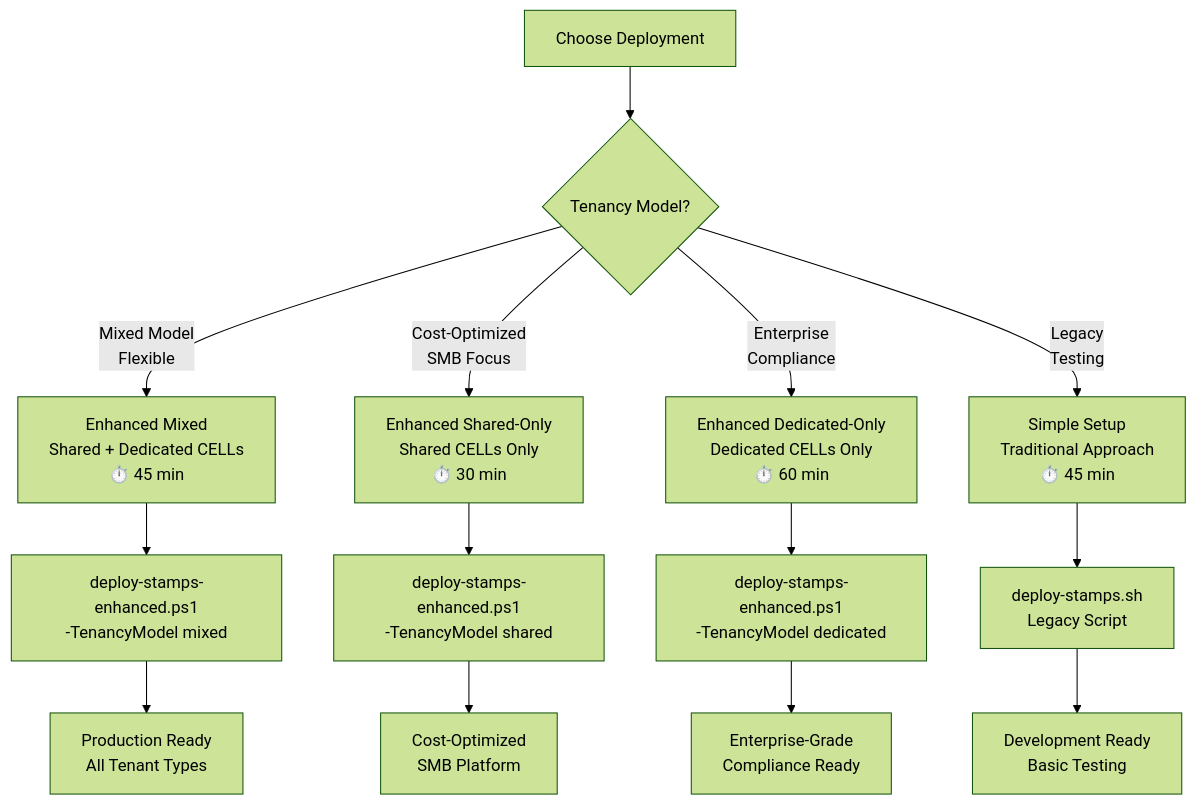
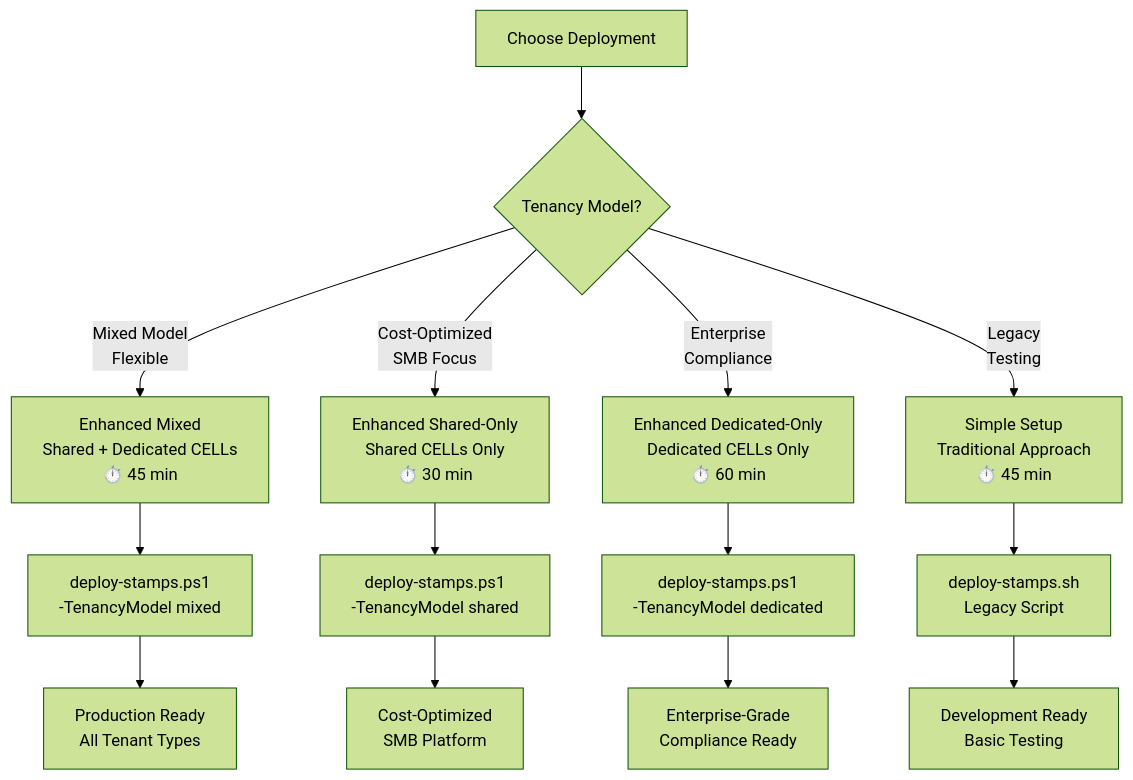
One commit to srnichols/StampsPattern changed the first of 2 diagrams in DEPLOYMENT_GUIDE.md. Above: the diagram before and after it, drawn with Mermaid (forest theme). The commit also changed other lines of this file and 5 other files, not shown here.

````diff
--- a/DEPLOYMENT_GUIDE.md
+++ b/DEPLOYMENT_GUIDE.md
@@ -18,16 +18,16 @@
 ```mermaid
 flowchart TD
     A[Choose Deployment] --> B{Tenancy Model?}
     B -->|Mixed Model<br/>Flexible| C[Enhanced Mixed<br/>Shared + Dedicated CELLs<br/>⏱️ 45 min]
     B -->|Cost-Optimized<br/>SMB Focus| D[Enhanced Shared-Only<br/>Shared CELLs Only<br/>⏱️ 30 min]
     B -->|Enterprise<br/>Compliance| E[Enhanced Dedicated-Only<br/>Dedicated CELLs Only<br/>⏱️ 60 min]
     B -->|Legacy<br/>Testing| F[Simple Setup<br/>Traditional Approach<br/>⏱️ 45 min]
-    C --> G[deploy-stamps-enhanced.ps1<br/>-TenancyModel mixed]
-    D --> H[deploy-stamps-enhanced.ps1<br/>-TenancyModel shared]
-    E --> I[deploy-stamps-enhanced.ps1<br/>-TenancyModel dedicated]
+    C --> G[deploy-stamps.ps1<br/>-TenancyModel mixed]
+    D --> H[deploy-stamps.ps1<br/>-TenancyModel shared]
+    E --> I[deploy-stamps.ps1<br/>-TenancyModel dedicated]
     F --> J[deploy-stamps.sh<br/>Legacy Script]
     G --> K[Production Ready<br/>All Tenant Types]
     H --> L[Cost-Optimized<br/>SMB Platform]
     I --> M[Enterprise-Grade<br/>Compliance Ready]
     J --> N[Development Ready<br/>Basic Testing]
 ```
````
